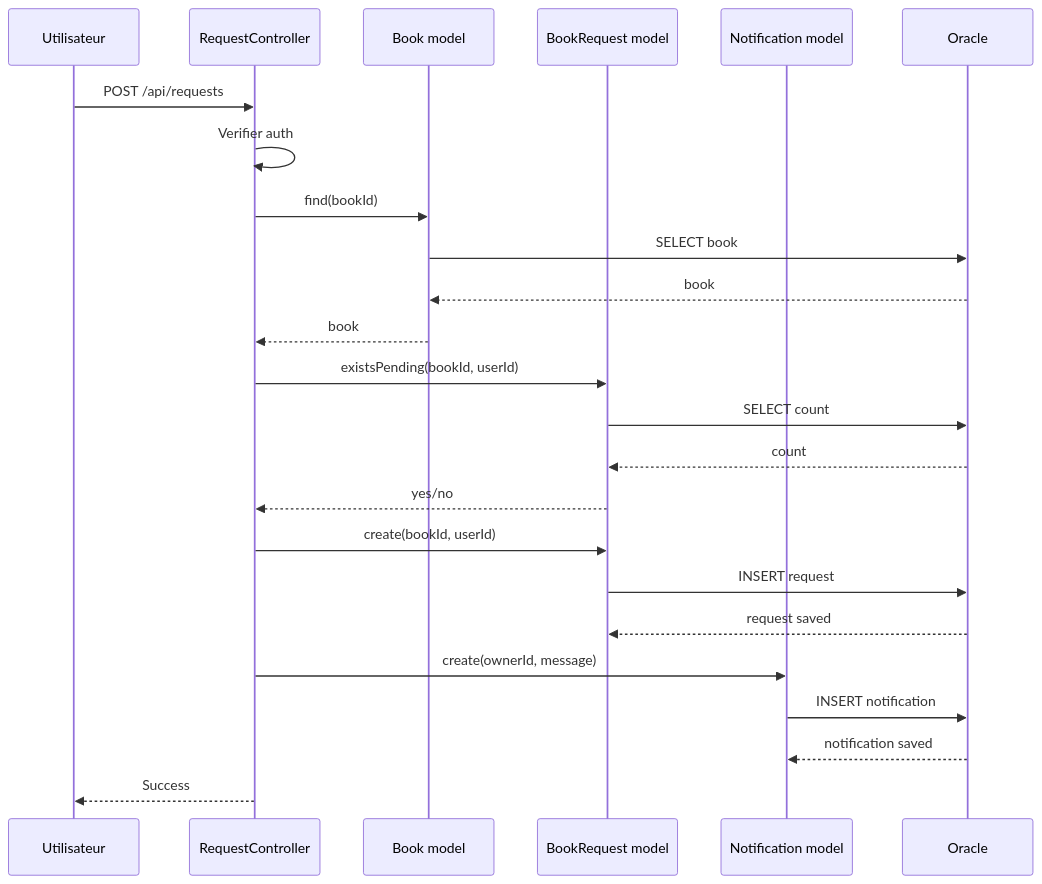
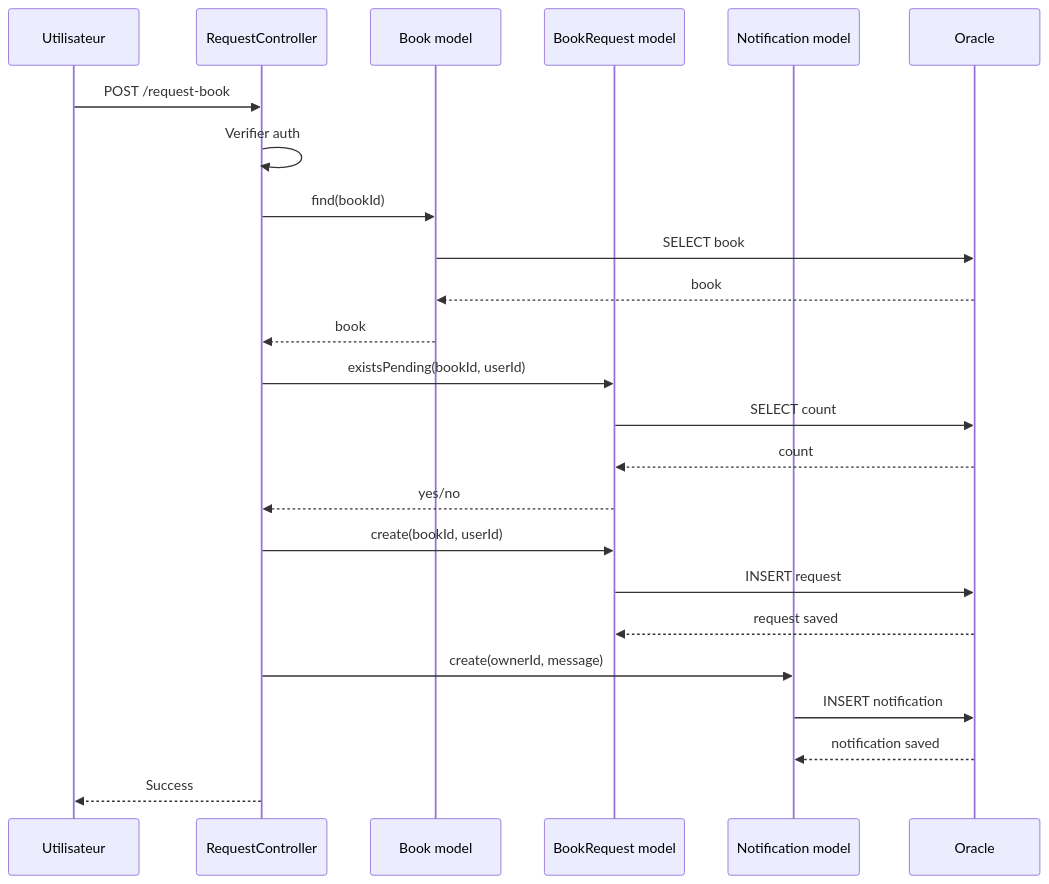
The tenth of 18 diagrams in documents_aide/DIAGRAMMES_PROJET_COMPLETS.md (MrTBK/bookcycle-tunisia), drawn with Mermaid before and after one commit. The commit also changed other lines of this file and 30 other files, not shown here.

````diff
--- a/documents_aide/DIAGRAMMES_PROJET_COMPLETS.md
+++ b/documents_aide/DIAGRAMMES_PROJET_COMPLETS.md
@@ -231,27 +245,27 @@
 ```mermaid
 sequenceDiagram
     participant U as Utilisateur
     participant R as RequestController
     participant B as Book model
     participant Q as BookRequest model
     participant N as Notification model
     participant DB as Oracle
 
-    U->>R: POST /api/requests
+    U->>R: POST /request-book
     R->>R: Verifier auth
     R->>B: find(bookId)
     B->>DB: SELECT book
     DB-->>B: book
     B-->>R: book
     R->>Q: existsPending(bookId, userId)
     Q->>DB: SELECT count
     DB-->>Q: count
     Q-->>R: yes/no
     R->>Q: create(bookId, userId)
     Q->>DB: INSERT request
     DB-->>Q: request saved
     R->>N: create(ownerId, message)
     N->>DB: INSERT notification
     DB-->>N: notification saved
     R-->>U: Success
 ```
````
